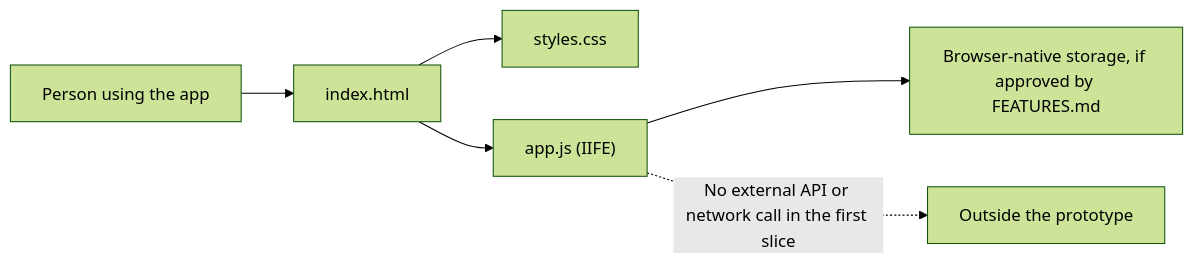
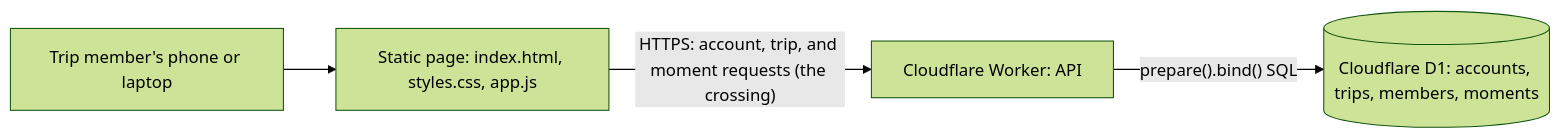
The diagram in context/ARCHITECTURE.md (mehtaaashi05/mgt3745-team-Alpha-), drawn with Mermaid (forest theme) before and after one commit. The commit also changed other lines of this file, not shown here.

First line of the commit message:
Revise architecture details and scoring rationale

````diff
--- a/context/ARCHITECTURE.md
+++ b/context/ARCHITECTURE.md
@@ -62,8 +77,6 @@
 ```mermaid
 flowchart LR
-    Person["Person using the app"] --> UI["index.html"]
-    UI --> CSS["styles.css"]
-    UI --> App["app.js (IIFE)"]
-    App --> Browser["Browser-native storage, if approved by FEATURES.md"]
-    App -. "No external API or network call in the first slice" .-> Boundary["Outside the prototype"]
+    Member["Trip member's phone or laptop"] --> Page["Static page: index.html, styles.css, app.js"]
+    Page -- "HTTPS: account, trip, and moment requests (the crossing)" --> Worker["Cloudflare Worker: API"]
+    Worker -- "prepare().bind() SQL" --> D1[("Cloudflare D1: accounts, trips, members, moments")]
 ```
````
